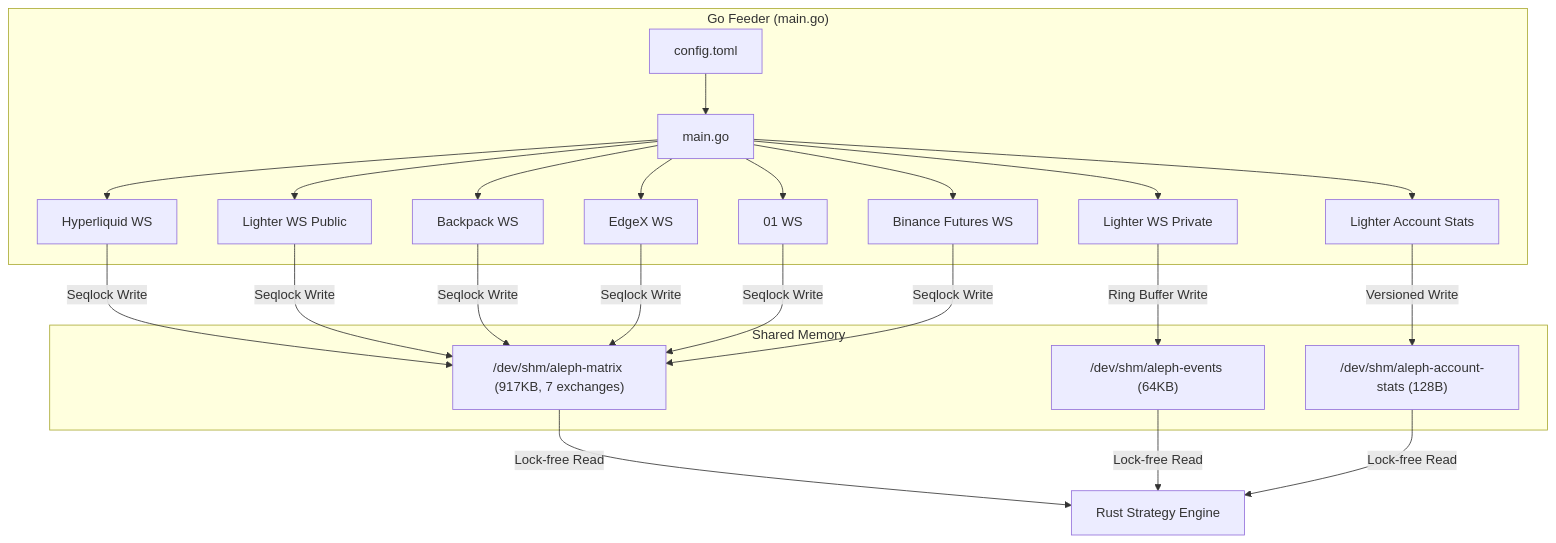
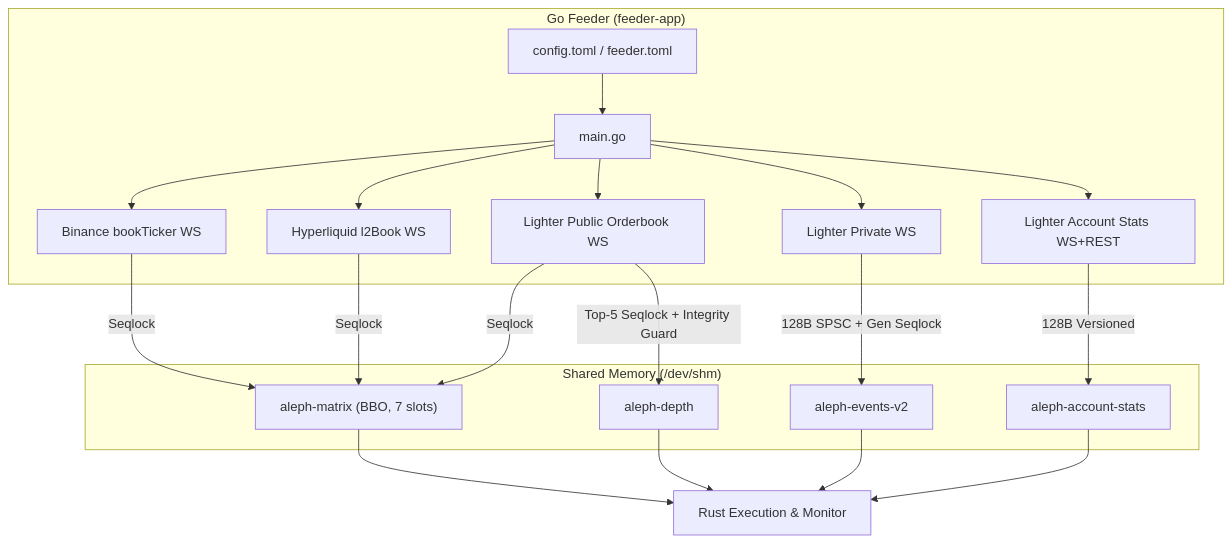
Before and after one commit to AlephTX/aleph-tx: the diagram in feeder/CLAUDE.md, drawn with Mermaid. The commit also changed other lines of this file and 86 other files, not shown here.

````diff
--- a/feeder/CLAUDE.md
+++ b/feeder/CLAUDE.md
@@ -27,22 +22,20 @@
 ```mermaid
 graph TD
-    subgraph "Go Feeder (main.go)"
-        CFG[config.toml] --> MAIN[main.go]
-        MAIN --> BN[Binance Futures WS]
-        MAIN --> HL[Hyperliquid WS]
-        MAIN --> LT[Lighter WS Public]
-        MAIN --> LP[Lighter WS Private]
-        MAIN --> LA[Lighter Account Stats]
-        MAIN --> BP[Backpack WS]
-        MAIN --> EX[EdgeX WS]
-        MAIN --> O1[01 WS]
+    subgraph "Go Feeder (feeder-app)"
+        CFG[config.toml / feeder.toml] --> MAIN[main.go]
+        MAIN --> BN[Binance bookTicker WS]
+        MAIN --> HL[Hyperliquid l2Book WS]
+        MAIN --> LT[Lighter Public Orderbook WS]
+        MAIN --> LP[Lighter Private WS]
+        MAIN --> LA[Lighter Account Stats WS+REST]
     end
 
-    subgraph "Shared Memory"
-        HL & LT & BP & EX & O1 & BN -->|Seqlock Write| MTX["/dev/shm/aleph-matrix (917KB, 7 exchanges)"]
-        LP -->|Ring Buffer Write| EVT["/dev/shm/aleph-events (64KB)"]
-        LA -->|Versioned Write| ACC["/dev/shm/aleph-account-stats (128B)"]
+    subgraph "Shared Memory (/dev/shm)"
+        BN & HL & LT -->|Seqlock| MTX["aleph-matrix (BBO, 7 slots)"]
+        LT -->|Top-5 Seqlock + Integrity Guard| DEP["aleph-depth"]
+        LP -->|128B SPSC + Gen Seqlock| EVT["aleph-events-v2"]
+        LA -->|128B Versioned| ACC["aleph-account-stats"]
     end
 
-    MTX & EVT & ACC -->|Lock-free Read| RUST[Rust Strategy Engine]
+    MTX & DEP & EVT & ACC --> RUST[Rust Execution & Monitor]
 ```
````
